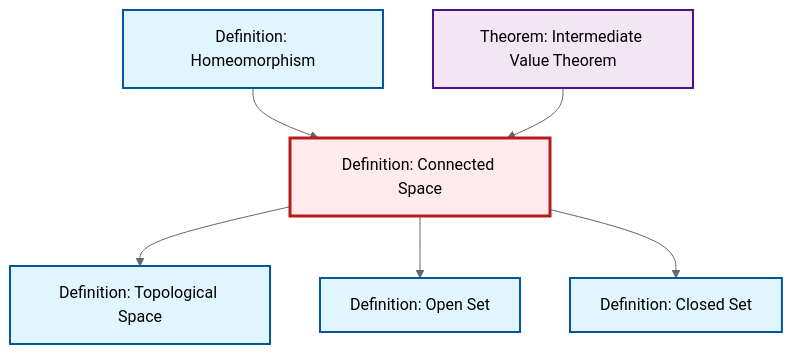
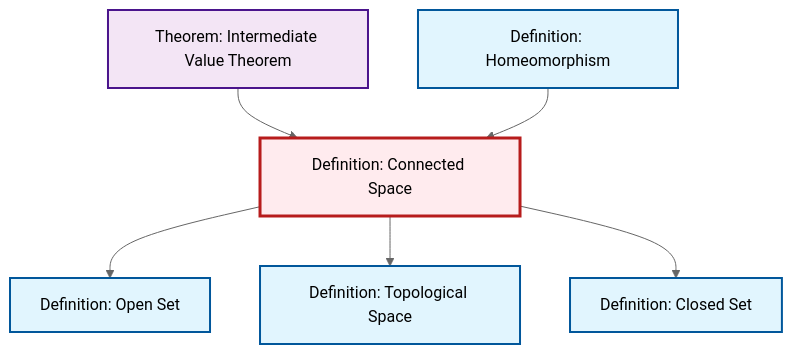
The diagram in content/en/topology/def-connected.qmd (RK0429/ModernMath), drawn with Mermaid (neutral theme) before and after one commit. The commit also changed other lines of this file and 1012 other files, not shown here.

````diff
--- a/content/en/topology/def-connected.qmd
+++ b/content/en/topology/def-connected.qmd
@@ -53,26 +53,26 @@
 ```{mermaid}
 %%| fig-cap: "Local dependency graph"
 graph TD
     classDef definition fill:#e1f5fe,stroke:#01579b,stroke-width:2px
     classDef theorem fill:#f3e5f5,stroke:#4a148c,stroke-width:2px
     classDef axiom fill:#fff3e0,stroke:#e65100,stroke-width:2px
     classDef example fill:#e8f5e9,stroke:#1b5e20,stroke-width:2px
     classDef current fill:#ffebee,stroke:#b71c1c,stroke-width:3px
     thm-intermediate-value["Theorem: Intermediate Value Theorem"]:::theorem
+    def-open-set["Definition: Open Set"]:::definition
     def-connected["Definition: Connected Space"]:::definition
     def-homeomorphism["Definition: Homeomorphism"]:::definition
-    def-open-set["Definition: Open Set"]:::definition
     def-topological-space["Definition: Topological Space"]:::definition
     def-closed-set["Definition: Closed Set"]:::definition
+    def-connected --> def-open-set
+    thm-intermediate-value --> def-connected
     def-connected --> def-topological-space
+    def-connected --> def-closed-set
     def-homeomorphism --> def-connected
-    thm-intermediate-value --> def-connected
-    def-connected --> def-open-set
-    def-connected --> def-closed-set
     class def-connected current
     click thm-intermediate-value "thm-intermediate-value.html" "Go to Intermediate Value Theorem theorem"
+    click def-open-set "def-open-set.html" "Go to Open Set definition"
     click def-homeomorphism "def-homeomorphism.html" "Go to Homeomorphism definition"
-    click def-open-set "def-open-set.html" "Go to Open Set definition"
     click def-topological-space "def-topological-space.html" "Go to Topological Space definition"
     click def-closed-set "def-closed-set.html" "Go to Closed Set definition"
 ```
````
